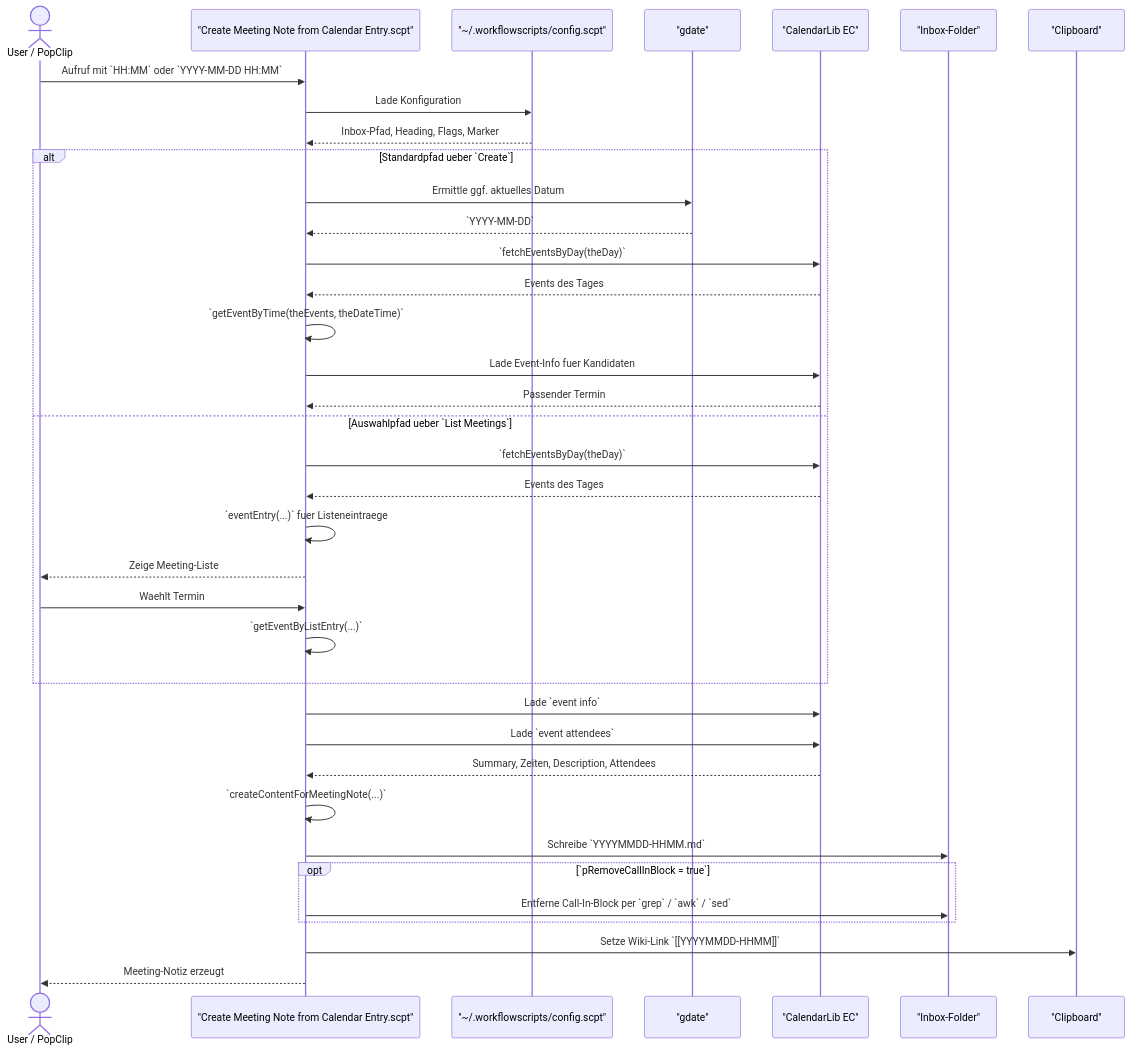
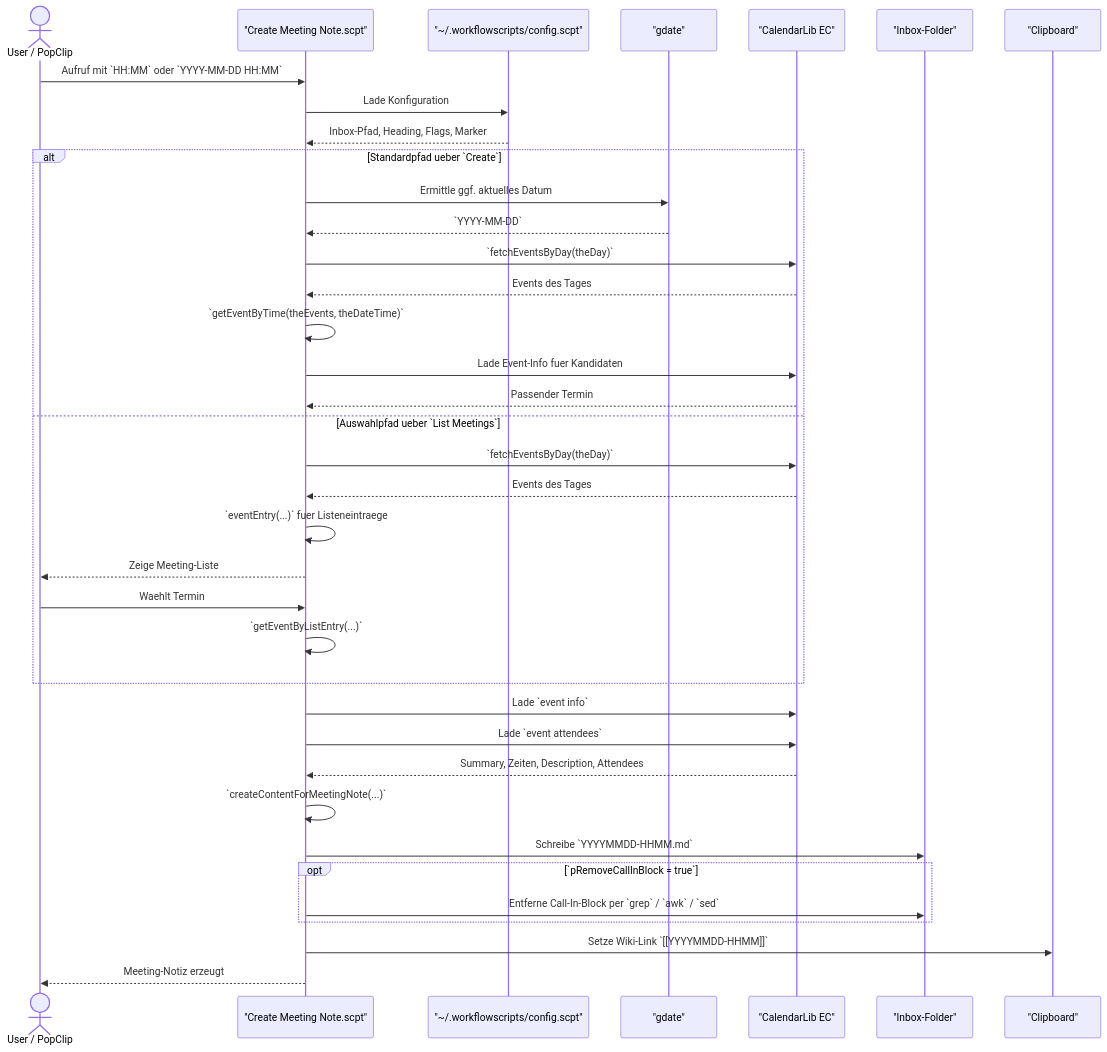
Before and after one commit to s17n/WorkflowScripts: the diagram in create-meeting-note/doc/CALL-CHAIN.md, drawn with Mermaid. The commit also changed 3 other files, not shown here.

Commit message:
Rename Create Meeting Note AppleScript

````diff
--- a/create-meeting-note/doc/CALL-CHAIN.md
+++ b/create-meeting-note/doc/CALL-CHAIN.md
@@ -5,45 +5,45 @@
 ```mermaid
 sequenceDiagram
     actor User as User / PopClip
-    participant Script as "Create Meeting Note from Calendar Entry.scpt"
+    participant Script as "Create Meeting Note.scpt"
     participant Config as "~/.workflowscripts/config.scpt"
     participant GDate as "gdate"
     participant CalLib as "CalendarLib EC"
     participant FS as "Inbox-Folder"
     participant Clip as "Clipboard"
 
     User->>Script: Aufruf mit `HH:MM` oder `YYYY-MM-DD HH:MM`
     Script->>Config: Lade Konfiguration
     Config-->>Script: Inbox-Pfad, Heading, Flags, Marker
 
     alt Standardpfad ueber `Create`
         Script->>GDate: Ermittle ggf. aktuelles Datum
         GDate-->>Script: `YYYY-MM-DD`
         Script->>CalLib: `fetchEventsByDay(theDay)`
         CalLib-->>Script: Events des Tages
         Script->>Script: `getEventByTime(theEvents, theDateTime)`
         Script->>CalLib: Lade Event-Info fuer Kandidaten
         CalLib-->>Script: Passender Termin
     else Auswahlpfad ueber `List Meetings`
         Script->>CalLib: `fetchEventsByDay(theDay)`
         CalLib-->>Script: Events des Tages
         Script->>Script: `eventEntry(...)` fuer Listeneintraege
         Script-->>User: Zeige Meeting-Liste
         User->>Script: Waehlt Termin
         Script->>Script: `getEventByListEntry(...)`
     end
 
     Script->>CalLib: Lade `event info`
     Script->>CalLib: Lade `event attendees`
     CalLib-->>Script: Summary, Zeiten, Description, Attendees
 
     Script->>Script: `createContentForMeetingNote(...)`
     Script->>FS: Schreibe `YYYYMMDD-HHMM.md`
 
     opt `pRemoveCallInBlock = true`
         Script->>FS: Entferne Call-In-Block per `grep` / `awk` / `sed`
     end
 
     Script->>Clip: Setze Wiki-Link `[[YYYYMMDD-HHMM]]`
     Script-->>User: Meeting-Notiz erzeugt
 ```
````
